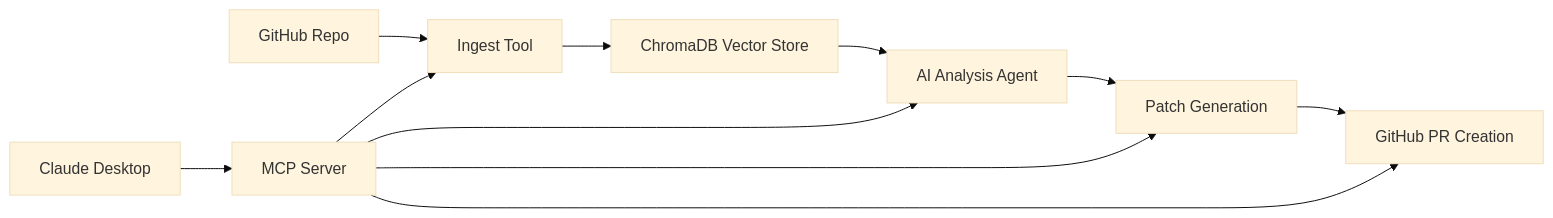
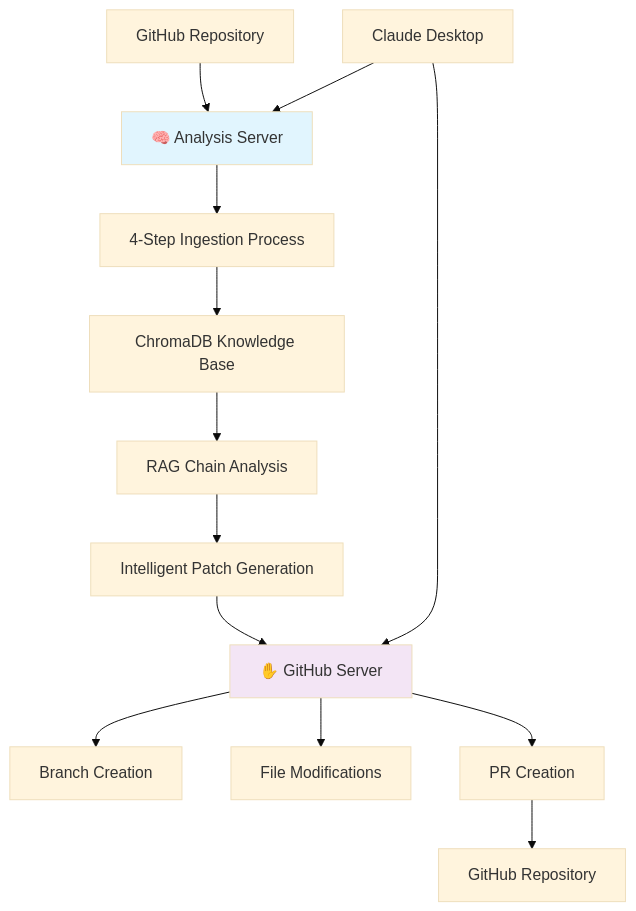
The diagram in README.md (devdattatalele/git-summary), drawn with Mermaid (base theme) before and after one commit. The commit also changed other lines of this file and 6 other files, not shown here.

````diff
--- a/README.md
+++ b/README.md
@@ -200,14 +277,20 @@
 ```mermaid
-graph LR
-    A[GitHub Repo] --> B[Ingest Tool]
-    B --> C[ChromaDB Vector Store]
-    C --> D[AI Analysis Agent]
-    D --> E[Patch Generation]
-    E --> F[GitHub PR Creation]
+graph TB
+    A[GitHub Repository] --> B[🧠 Analysis Server]
+    B --> C[4-Step Ingestion Process]
+    C --> D[ChromaDB Knowledge Base]
+    D --> E[RAG Chain Analysis]
+    E --> F[Intelligent Patch Generation]
     
-    G[Claude Desktop] --> H[MCP Server]
-    H --> B
-    H --> D
-    H --> E
-    H --> F
+    F --> G[✋ GitHub Server]
+    G --> H[Branch Creation]
+    G --> I[File Modifications]
+    G --> J[PR Creation]
+    J --> K[GitHub Repository]
+    
+    L[Claude Desktop] --> B
+    L --> G
+    
+    style B fill:#e1f5fe
+    style G fill:#f3e5f5
 ```
````
